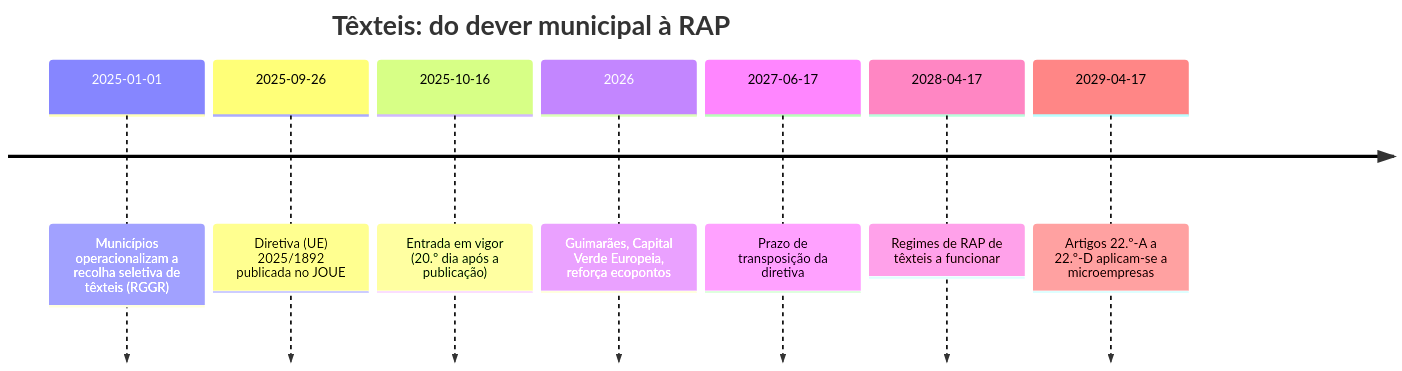
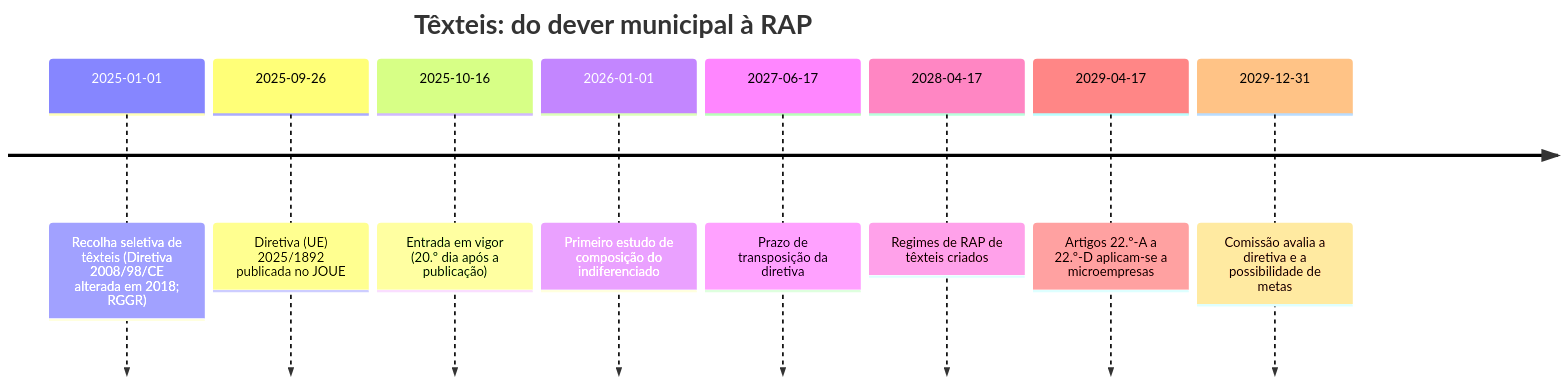
The diagram in docs/pesquisa/enquadramento-regulatorio.md (helderpgoncalves/novelo), drawn with Mermaid before and after one commit. The commit also changed other lines of this file and 22 other files, not shown here.

````diff
--- a/docs/pesquisa/enquadramento-regulatorio.md
+++ b/docs/pesquisa/enquadramento-regulatorio.md
@@ -11,11 +11,12 @@
 ```mermaid
 timeline
     title Têxteis: do dever municipal à RAP
-    2025-01-01 : Municípios operacionalizam a recolha seletiva de têxteis (RGGR)
+    2025-01-01 : Recolha seletiva de têxteis (Diretiva 2008/98/CE alterada em 2018; RGGR)
     2025-09-26 : Diretiva (UE) 2025/1892 publicada no JOUE
     2025-10-16 : Entrada em vigor (20.º dia após a publicação)
-    2026 : Guimarães, Capital Verde Europeia, reforça ecopontos
+    2026-01-01 : Primeiro estudo de composição do indiferenciado
     2027-06-17 : Prazo de transposição da diretiva
-    2028-04-17 : Regimes de RAP de têxteis a funcionar
+    2028-04-17 : Regimes de RAP de têxteis criados
     2029-04-17 : Artigos 22.º-A a 22.º-D aplicam-se a microempresas
+    2029-12-31 : Comissão avalia a diretiva e a possibilidade de metas
 ```
````
